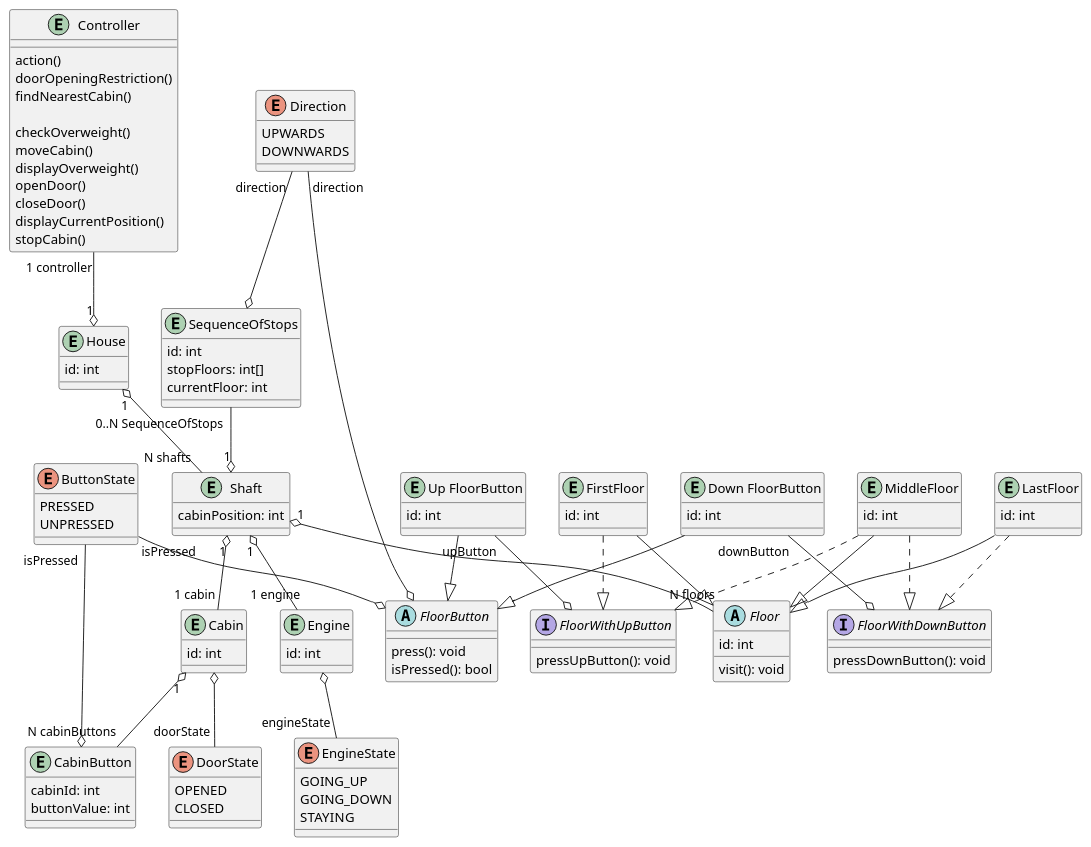
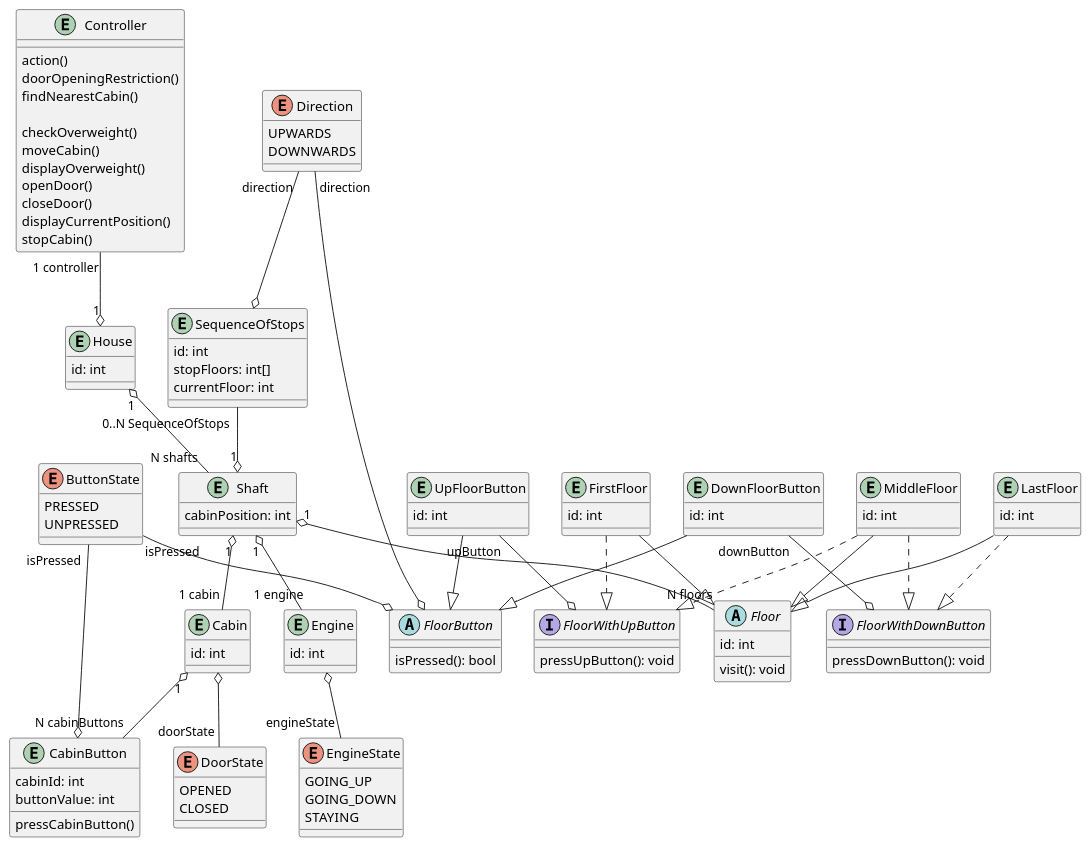
One commit to valentynliubchenko/BomElevator changed the diagram in src/documentation/bomDiagram/BomElevator.puml. Above: the diagram before and after it, drawn with PlantUML. The commit also changed 3 other files, not shown here.

```diff
--- a/src/documentation/bomDiagram/BomElevator.puml
+++ b/src/documentation/bomDiagram/BomElevator.puml
@@ -1,143 +1,144 @@
 @startuml
 entity "Controller"{
 
 action()
 doorOpeningRestriction()
 findNearestCabin()
 
 checkOverweight()
 moveCabin()
 displayOverweight()
 openDoor()
 closeDoor()
 displayCurrentPosition()
 stopCabin()
 }
 
 enum DoorState{
 OPENED
 CLOSED
 }
 
 entity Cabin{
 id: int
 }
 
 entity SequenceOfStops {
 id: int
 stopFloors: int[]
 currentFloor: int
 }
 
 Direction "direction" --o SequenceOfStops
 
 
 enum EngineState{
 GOING_UP
 GOING_DOWN
 STAYING
 }
 
 enum Direction{
 UPWARDS
 DOWNWARDS
 }
 
 enum ButtonState{
 PRESSED
 UNPRESSED
 }
 
 entity "CabinButton"{
 cabinId: int
 buttonValue: int
+
+pressCabinButton()
 }
 
 
 abstract "FloorButton"{
-  press(): void
   isPressed(): bool
 }
 
-entity "Up FloorButton" {
+entity "UpFloorButton" {
   id: int
 }
 
-entity "Down FloorButton" {
+entity "DownFloorButton" {
  id: int
 }
 
-"Up FloorButton" --|> "FloorButton"
-"Down FloorButton" --|> "FloorButton"
+"UpFloorButton" --|> "FloorButton"
+"DownFloorButton" --|> "FloorButton"
 
 abstract Floor{
   id: int
   visit(): void
 }
 
 interface FloorWithUpButton {
   pressUpButton(): void
 }
 
-"Up FloorButton" "upButton" --o FloorWithUpButton
+"UpFloorButton" "upButton" --o FloorWithUpButton
 
 interface FloorWithDownButton {
  pressDownButton(): void
 }
 
-"Down FloorButton" "downButton" --o FloorWithDownButton
+"DownFloorButton" "downButton" --o FloorWithDownButton
 
 entity FirstFloor {
   id: int
 }
 
 FirstFloor --|> Floor
 FirstFloor ..|> FloorWithUpButton
 
 entity LastFloor {
   id: int
 }
 
 LastFloor --|> Floor
 LastFloor ..|> FloorWithDownButton
 
 entity MiddleFloor {
   id: int
 }
 
 MiddleFloor --|> Floor
 MiddleFloor ..|> FloorWithUpButton
 MiddleFloor ..|> FloorWithDownButton
 
 Direction "direction" --o "FloorButton"
 
 Cabin "1" o-- "N cabinButtons" "CabinButton"
 ButtonState "isPressed " --o "FloorButton"
 ButtonState "isPressed " --o "CabinButton"
 
 entity Engine {
   id: int
 }
 
 Engine o-- "engineState" EngineState
 
 entity Shaft {
   cabinPosition: int
 }
 
 Shaft "1" o-- "1 engine" Engine
 
 entity House {
   id: int
 }
 
 Shaft "1" o-- "N floors" Floor
 House "1" o-- "N shafts" Shaft
 
 Controller "1 controller" --o "1" House
 Shaft "1" o-- "1 cabin" Cabin
 
 Cabin o-- "doorState" DoorState
 
 SequenceOfStops "0..N SequenceOfStops" --o "1" Shaft
 @enduml
```
